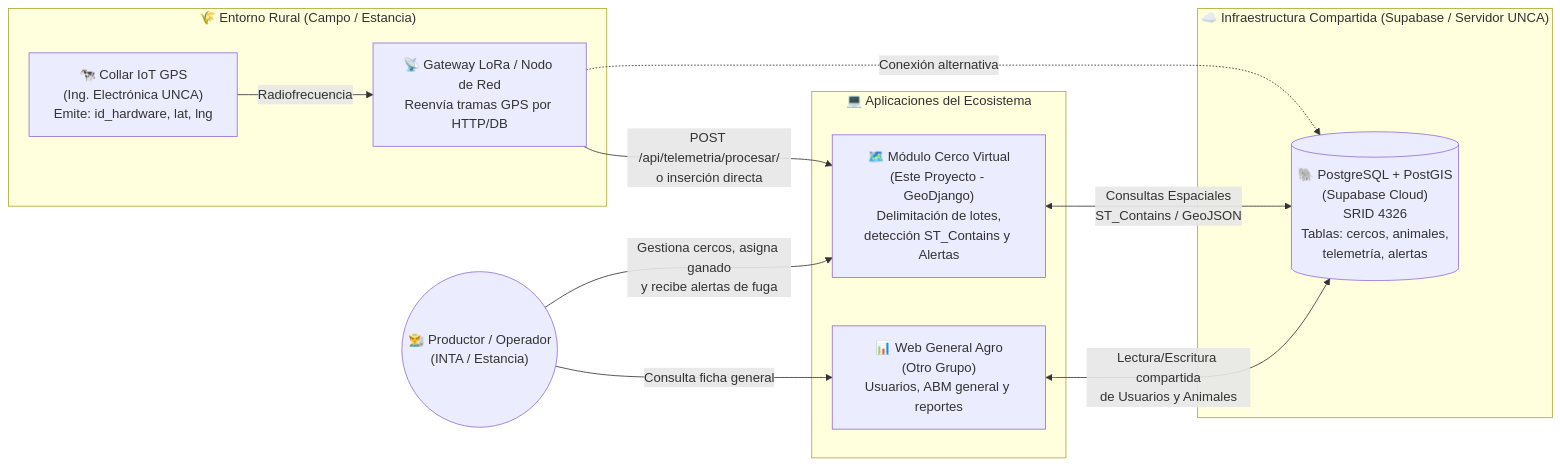
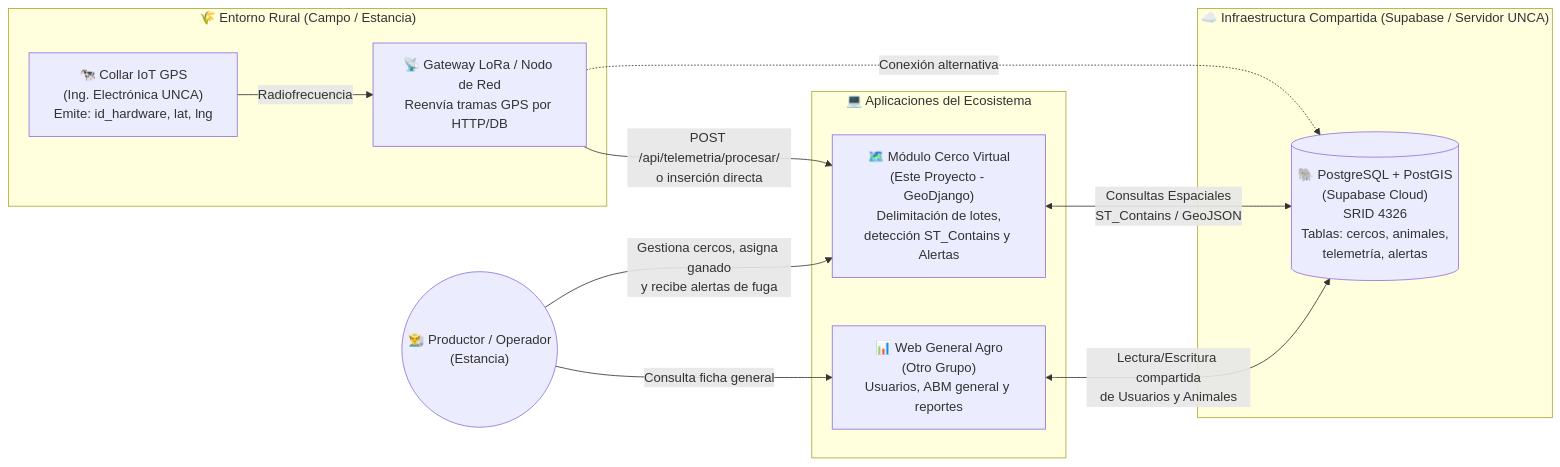
Before and after one commit to ErikBel404/Proyecto-Cerco-Virtual: the diagram in docs/archify/01-contexto-iot-unca-inta.md, drawn with Mermaid. The commit also changed 10 other files, not shown here.

````diff
--- a/docs/archify/01-contexto-iot-unca-inta.md
+++ b/docs/archify/01-contexto-iot-unca-inta.md
@@ -5,26 +5,26 @@
 ```mermaid
 flowchart LR
     subgraph Campo["🌾 Entorno Rural (Campo / Estancia)"]
         Collar["🐄 Collar IoT GPS\n(Ing. Electrónica UNCA)\nEmite: id_hardware, lat, lng"]
         Gateway["📡 Gateway LoRa / Nodo de Red\nReenvía tramas GPS por HTTP/DB"]
         Collar -->|Radiofrecuencia| Gateway
     end
 
     subgraph Nube["☁️ Infraestructura Compartida (Supabase / Servidor UNCA)"]
         DB[("🐘 PostgreSQL + PostGIS\n(Supabase Cloud)\nSRID 4326\nTablas: cercos, animales,\ntelemetría, alertas")]
     end
 
     subgraph SistemasWeb["💻 Aplicaciones del Ecosistema"]
         CercoApp["🗺️ Módulo Cerco Virtual\n(Este Proyecto - GeoDjango)\nDelimitación de lotes,\ndetección ST_Contains y Alertas"]
         WebGeneral["📊 Web General Agro\n(Otro Grupo)\nUsuarios, ABM general y reportes"]
     end
 
-    Operador(("👨‍🌾 Productor / Operador\n(INTA / Estancia)"))
+    Operador(("👨‍🌾 Productor / Operador\n(Estancia)"))
 
     Gateway -->|"POST /api/telemetria/procesar/\no inserción directa"| CercoApp
     Gateway -.->|"Conexión alternativa"| DB
     CercoApp <-->|"Consultas Espaciales\nST_Contains / GeoJSON"| DB
     WebGeneral <-->|"Lectura/Escritura compartida\nde Usuarios y Animales"| DB
     Operador -->|"Gestiona cercos, asigna ganado\ny recibe alertas de fuga"| CercoApp
     Operador -->|"Consulta ficha general"| WebGeneral
 ```
````
